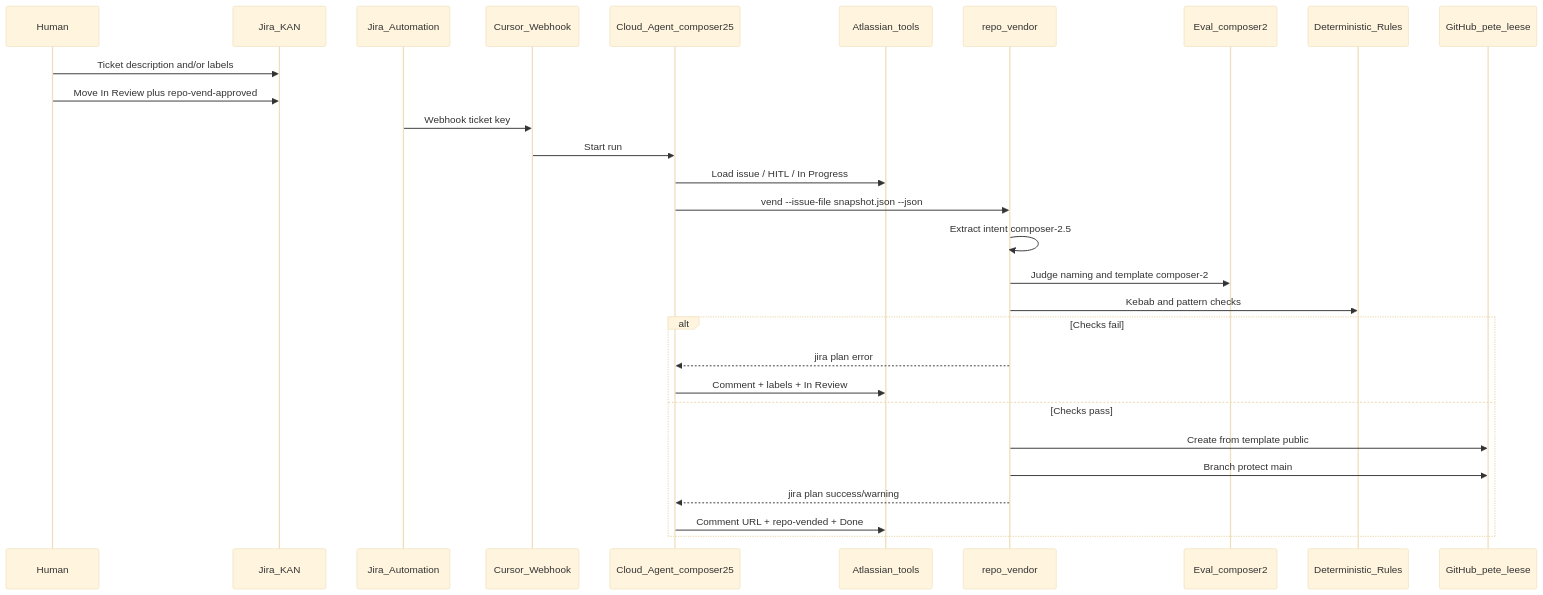
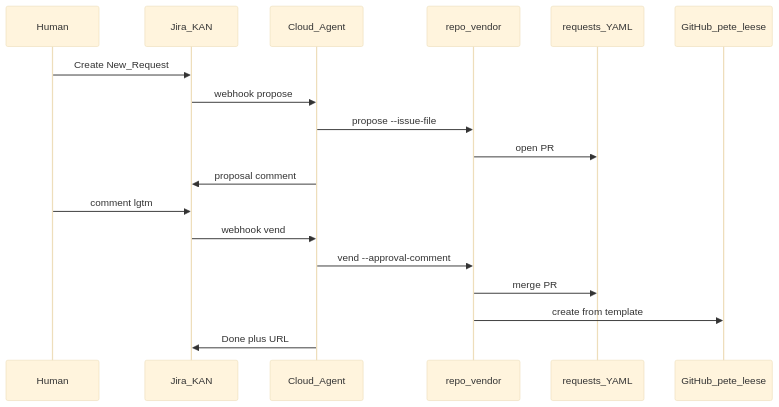
Before and after one commit to pete-leese/agentic-repo-vending: the diagram in README.md, drawn with Mermaid (base theme). The commit also changed other lines of this file and 49 other files, not shown here.

First line of the commit message:
Two-phase propose/approve, evals JSON, and Jira import tooling (#4)

````diff
--- a/README.md
+++ b/README.md
@@ -24,32 +37,21 @@
 ```mermaid
 sequenceDiagram
   participant Human
   participant Jira as Jira_KAN
-  participant JiraAuto as Jira_Automation
-  participant CursorWH as Cursor_Webhook
-  participant CloudAgent as Cloud_Agent_composer25
-  participant Atlassian as Atlassian_tools
+  participant Agent as Cloud_Agent
   participant App as repo_vendor
-  participant Eval as Eval_composer2
-  participant Rules as Deterministic_Rules
+  participant Spec as requests_YAML
   participant GitHub as GitHub_pete_leese
 
-  Human->>Jira: Ticket description and/or labels
-  Human->>Jira: Move In Review plus repo-vend-approved
-  JiraAuto->>CursorWH: Webhook ticket key
-  CursorWH->>CloudAgent: Start run
-  CloudAgent->>Atlassian: Load issue / HITL / In Progress
-  CloudAgent->>App: vend --issue-file snapshot.json --json
-  App->>App: Extract intent composer-2.5
-  App->>Eval: Judge naming and template composer-2
-  App->>Rules: Kebab and pattern checks
-  alt Checks fail
-    App-->>CloudAgent: jira plan error
-    CloudAgent->>Atlassian: Comment + labels + In Review
-  else Checks pass
-    App->>GitHub: Create from template public
-    App->>GitHub: Branch protect main
-    App-->>CloudAgent: jira plan success/warning
-    CloudAgent->>Atlassian: Comment URL + repo-vended + Done
-  end
+  Human->>Jira: Create New_Request
+  Jira->>Agent: webhook propose
+  Agent->>App: propose --issue-file
+  App->>Spec: open PR
+  Agent->>Jira: proposal comment
+  Human->>Jira: comment lgtm
+  Jira->>Agent: webhook vend
+  Agent->>App: vend --approval-comment
+  App->>Spec: merge PR
+  App->>GitHub: create from template
+  Agent->>Jira: Done plus URL
 ```
````
